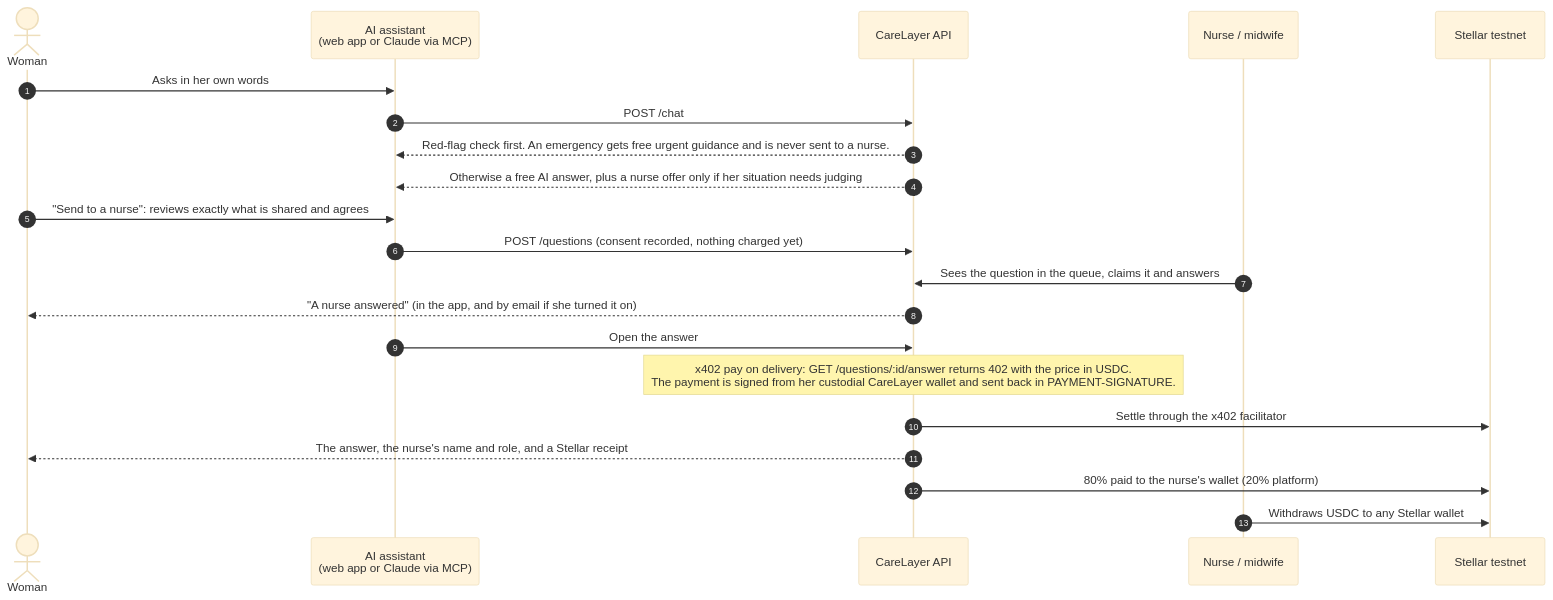
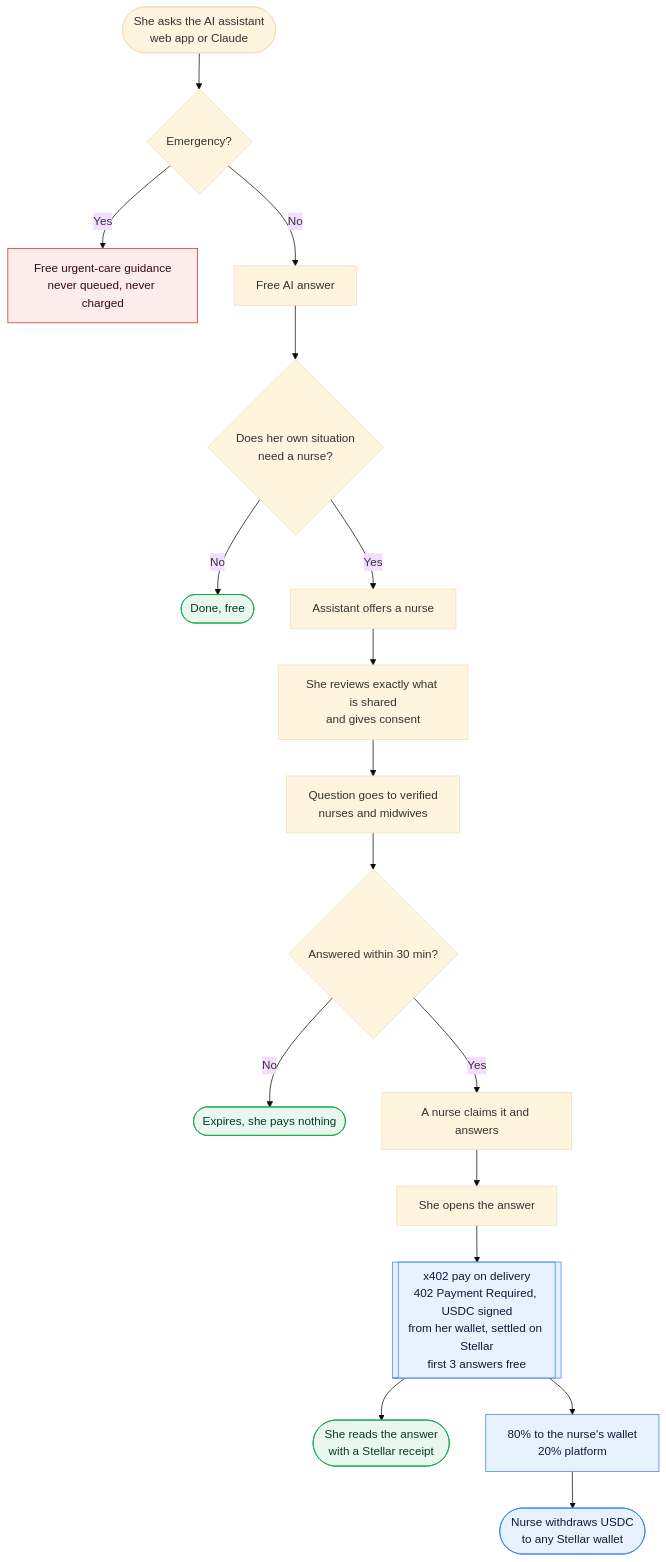
Before and after one commit to zainabwahab-eth/CareLayer: the diagram in README.md, drawn with Mermaid (base theme). The commit also changed other lines of this file, not shown here.

Commit message:
docs: x402 and Stellar section, clearer flow diagram, health worker URL, admin access

````diff
--- a/README.md
+++ b/README.md
@@ -30,24 +76,26 @@
 ```mermaid
-sequenceDiagram
-    autonumber
-    actor W as Woman
-    participant A as AI assistant<br/>(web app or Claude via MCP)
-    participant API as CareLayer API
-    participant N as Nurse / midwife
-    participant S as Stellar testnet
+flowchart TD
+    A([She asks the AI assistant<br/>web app or Claude]) --> B{Emergency?}
+    B -- Yes --> C[Free urgent-care guidance<br/>never queued, never charged]
+    B -- No --> D[Free AI answer]
+    D --> E{Does her own situation<br/>need a nurse?}
+    E -- No --> F([Done, free])
+    E -- Yes --> G[Assistant offers a nurse]
+    G --> H[She reviews exactly what is shared<br/>and gives consent]
+    H --> I[Question goes to verified<br/>nurses and midwives]
+    I --> J{Answered within 30 min?}
+    J -- No --> K([Expires, she pays nothing])
+    J -- Yes --> L[A nurse claims it and answers]
+    L --> M[She opens the answer]
+    M --> N[[x402 pay on delivery<br/>402 Payment Required, USDC signed<br/>from her wallet, settled on Stellar<br/>first 3 answers free]]
+    N --> O([She reads the answer<br/>with a Stellar receipt])
+    N --> P[80% to the nurse's wallet<br/>20% platform]
+    P --> Q([Nurse withdraws USDC<br/>to any Stellar wallet])
 
-    W->>A: Asks in her own words
-    A->>API: POST /chat
-    API-->>A: Red-flag check first. An emergency gets free urgent guidance and is never sent to a nurse.
-    API-->>A: Otherwise a free AI answer, plus a nurse offer only if her situation needs judging
-    W->>A: "Send to a nurse": reviews exactly what is shared and agrees
-    A->>API: POST /questions (consent recorded, nothing charged yet)
-    N->>API: Sees the question in the queue, claims it and answers
-    API-->>W: "A nurse answered" (in the app, and by email if she turned it on)
-    A->>API: Open the answer
-    Note over API: x402 pay on delivery: GET /questions/:id/answer returns 402 with the price in USDC.<br/>The payment is signed from her custodial CareLayer wallet and sent back in PAYMENT-SIGNATURE.
-    API->>S: Settle through the x402 facilitator
-    API-->>W: The answer, the nurse's name and role, and a Stellar receipt
-    API->>S: 80% paid to the nurse's wallet (20% platform)
-    N->>S: Withdraws USDC to any Stellar wallet
+    classDef pay fill:#E8F1FF,stroke:#3B82F6,color:#0B1B3A
+    classDef stop fill:#FDECEC,stroke:#DC2626,color:#3A0B0B
+    classDef good fill:#E9F8EF,stroke:#16A34A,color:#0B3A1B
+    class N,P,Q pay
+    class C stop
+    class F,K,O good
 ```
````
